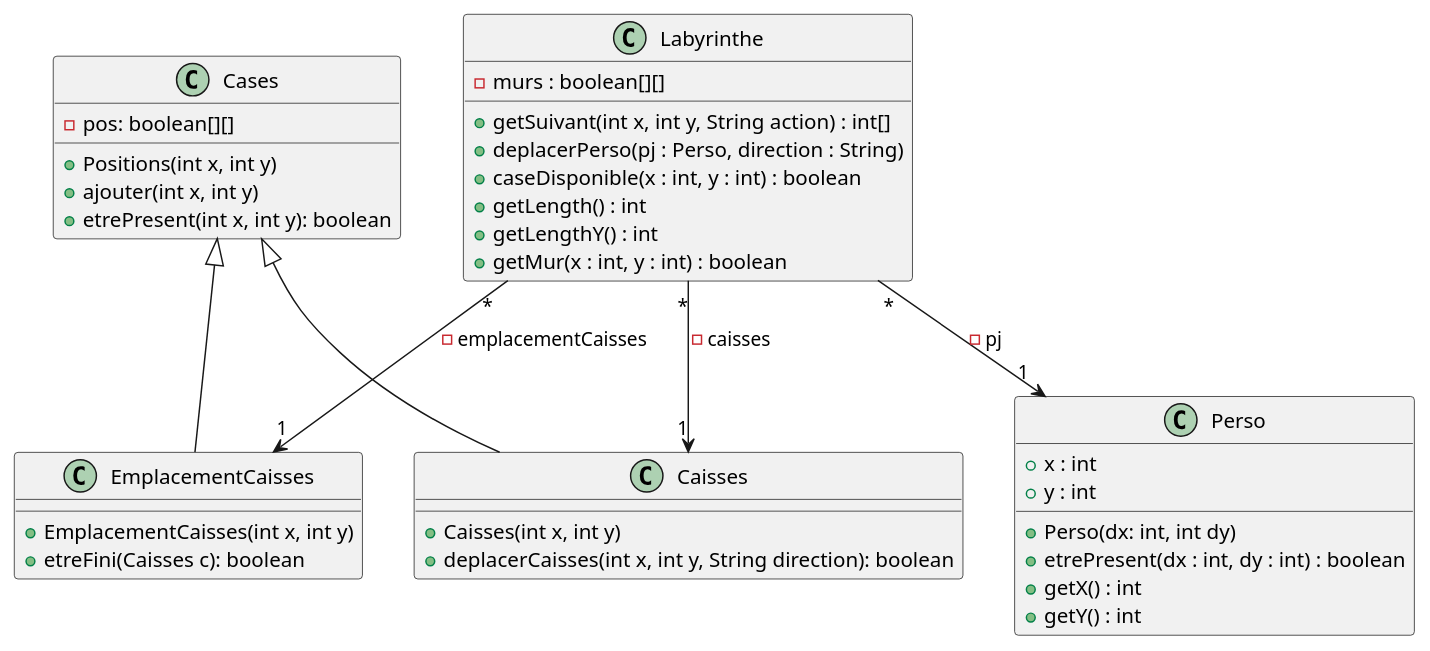
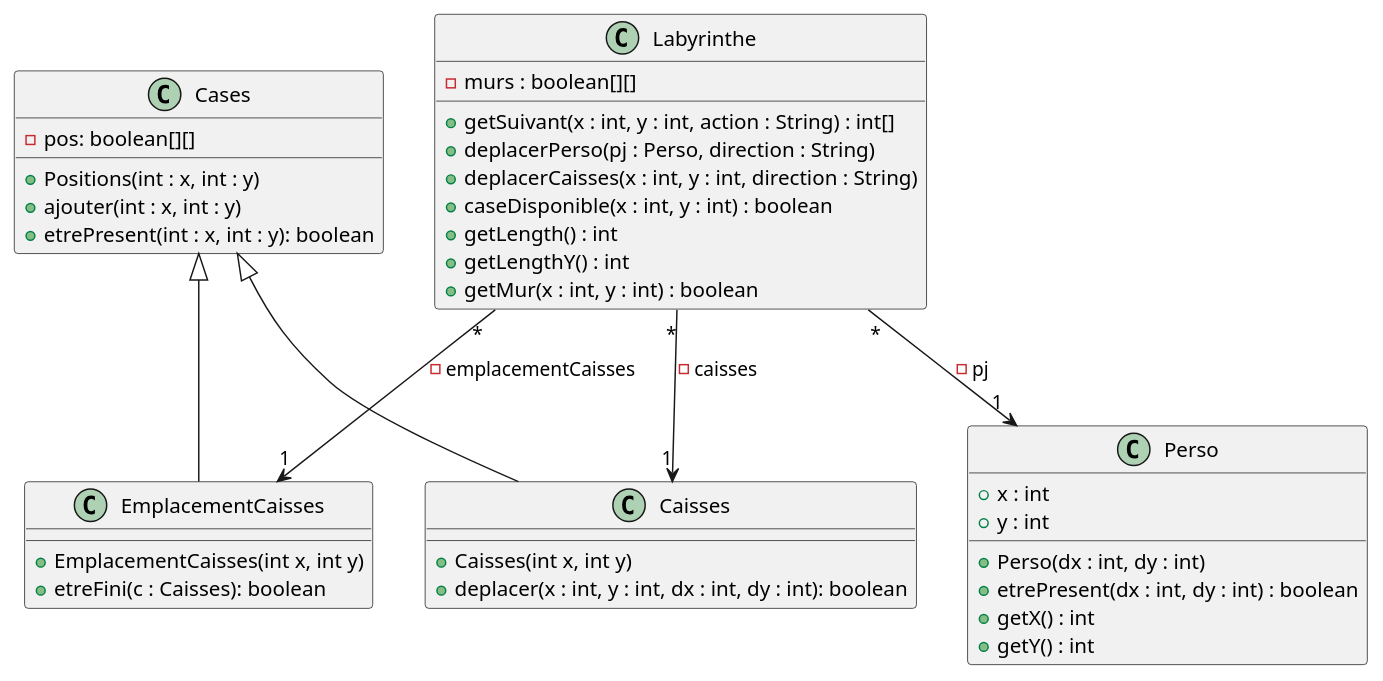
The diagram in documents/version_3/Modification du diagramme de classe de Labyrinthe.puml (Flotss/Zeldiablo), drawn with PlantUML before and after one commit.

Commit message:
Modif diagramme classe

```diff
--- a/documents/version_3/Modification du diagramme de classe de Labyrinthe.puml
+++ b/documents/version_3/Modification du diagramme de classe de Labyrinthe.puml
@@ -1,46 +1,47 @@
 @startuml
 
 class Labyrinthe{
     - murs : boolean[][]
-    + getSuivant(int x, int y, String action) : int[]
+    + getSuivant(x : int, y : int, action : String) : int[]
     + deplacerPerso(pj : Perso, direction : String)
+    + deplacerCaisses(x : int, y : int, direction : String)
     + caseDisponible(x : int, y : int) : boolean
     + getLength() : int
     + getLengthY() : int
     + getMur(x : int, y : int) : boolean
 }
 
 class Cases{
     - pos: boolean[][]
-    + Positions(int x, int y)
-    + ajouter(int x, int y)
-    + etrePresent(int x, int y): boolean
+    + Positions(int : x, int : y)
+    + ajouter(int : x, int : y)
+    + etrePresent(int : x, int : y): boolean
 }
 
 class Caisses {
     + Caisses(int x, int y)
-    + deplacerCaisses(int x, int y, String direction): boolean
+    + deplacer(x : int, y : int, dx : int, dy : int): boolean
 }
 
 class EmplacementCaisses {
     + EmplacementCaisses(int x, int y)
-    + etreFini(Caisses c): boolean
+    + etreFini(c : Caisses): boolean
 }
 
 class Perso {
     + x : int
     + y : int
-    + Perso(dx: int, int dy)
+    + Perso(dx : int, dy : int)
     + etrePresent(dx : int, dy : int) : boolean
     + getX() : int
     + getY() : int
 }
 Labyrinthe "*" --> "1" Perso : - pj
 
 Labyrinthe "*" --> "1" Caisses : - caisses
 
 Labyrinthe "*" --> "1" EmplacementCaisses : - emplacementCaisses
 
 Cases <|-- Caisses
 Cases <|-- EmplacementCaisses
 @enduml
```
